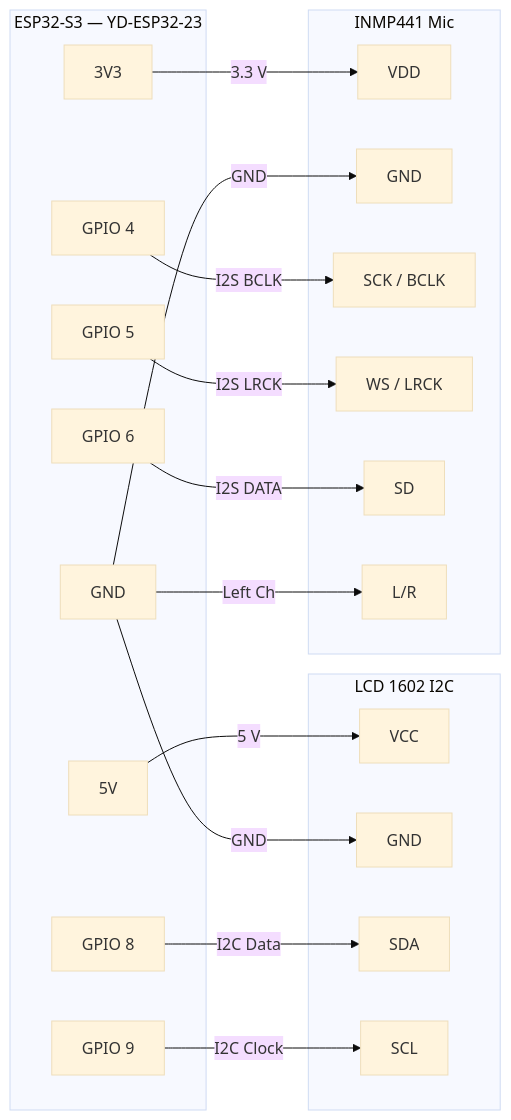
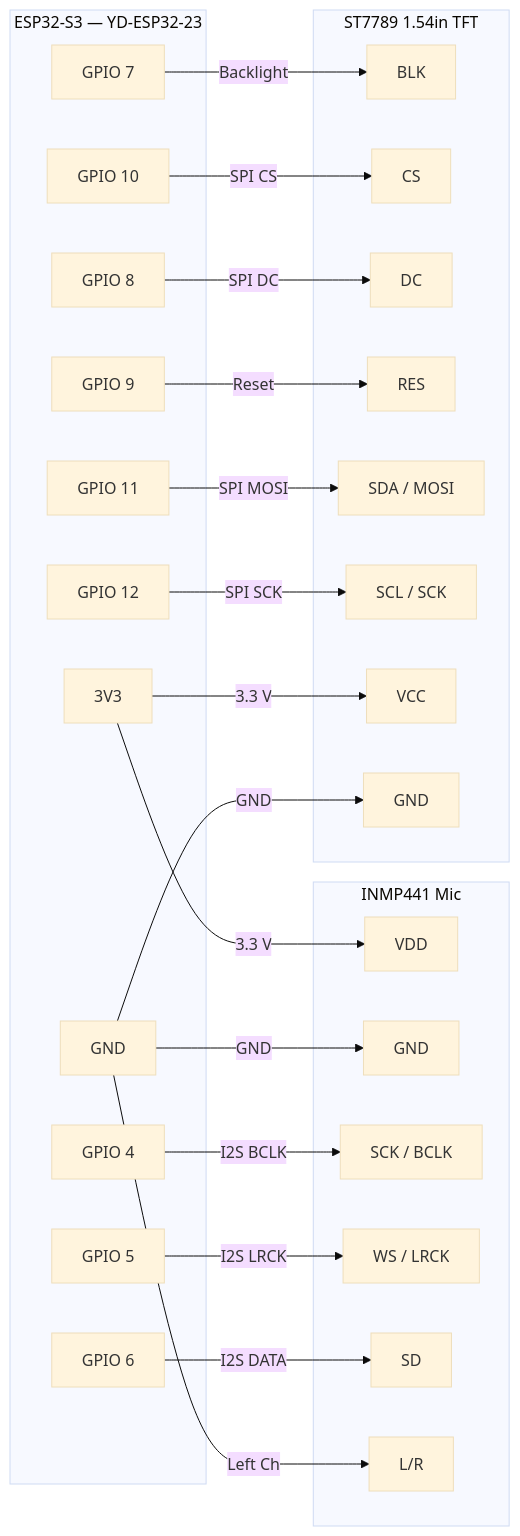
Before and after one commit to raynardj/wizardoz: the first of 3 diagrams in src/README.md, drawn with Mermaid (base theme). The commit also changed other lines of this file and 9 other files, not shown here.

````diff
--- a/src/README.md
+++ b/src/README.md
@@ -9,41 +9,52 @@
 ```mermaid
 graph LR
     subgraph ESP32_S3 ["ESP32-S3 — YD-ESP32-23"]
         P3V3["3V3"]
-        P5V["5V"]
         PGND["GND"]
         G4["GPIO 4"]
         G5["GPIO 5"]
         G6["GPIO 6"]
+        G7["GPIO 7"]
         G8["GPIO 8"]
         G9["GPIO 9"]
+        G10["GPIO 10"]
+        G11["GPIO 11"]
+        G12["GPIO 12"]
     end
 
     subgraph INMP441 ["INMP441 Mic"]
         VDD["VDD"]
         MGND["GND"]
         SCK["SCK / BCLK"]
         WS["WS / LRCK"]
         SD["SD"]
         LR["L/R"]
     end
 
-    subgraph LCD1602 ["LCD 1602 I2C"]
+    subgraph ST7789 ["ST7789 1.54in TFT"]
+        BLK["BLK"]
+        CS["CS"]
+        DC["DC"]
+        RES["RES"]
+        MOSI["SDA / MOSI"]
+        TSCK["SCL / SCK"]
         VCC["VCC"]
         LGND["GND"]
-        SDA["SDA"]
-        SCL["SCL"]
     end
 
     P3V3 -->|"3.3 V"| VDD
     PGND -->|"GND"| MGND
     G4 -->|"I2S BCLK"| SCK
     G5 -->|"I2S LRCK"| WS
     G6 -->|"I2S DATA"| SD
     PGND -->|"Left Ch"| LR
 
-    P5V -->|"5 V"| VCC
+    G7  -->|"Backlight"| BLK
+    G10 -->|"SPI CS"| CS
+    G8  -->|"SPI DC"| DC
+    G9  -->|"Reset"| RES
+    G11 -->|"SPI MOSI"| MOSI
+    G12 -->|"SPI SCK"| TSCK
+    P3V3 -->|"3.3 V"| VCC
     PGND -->|"GND"| LGND
-    G8 -->|"I2C Data"| SDA
-    G9 -->|"I2C Clock"| SCL
 ```
````
